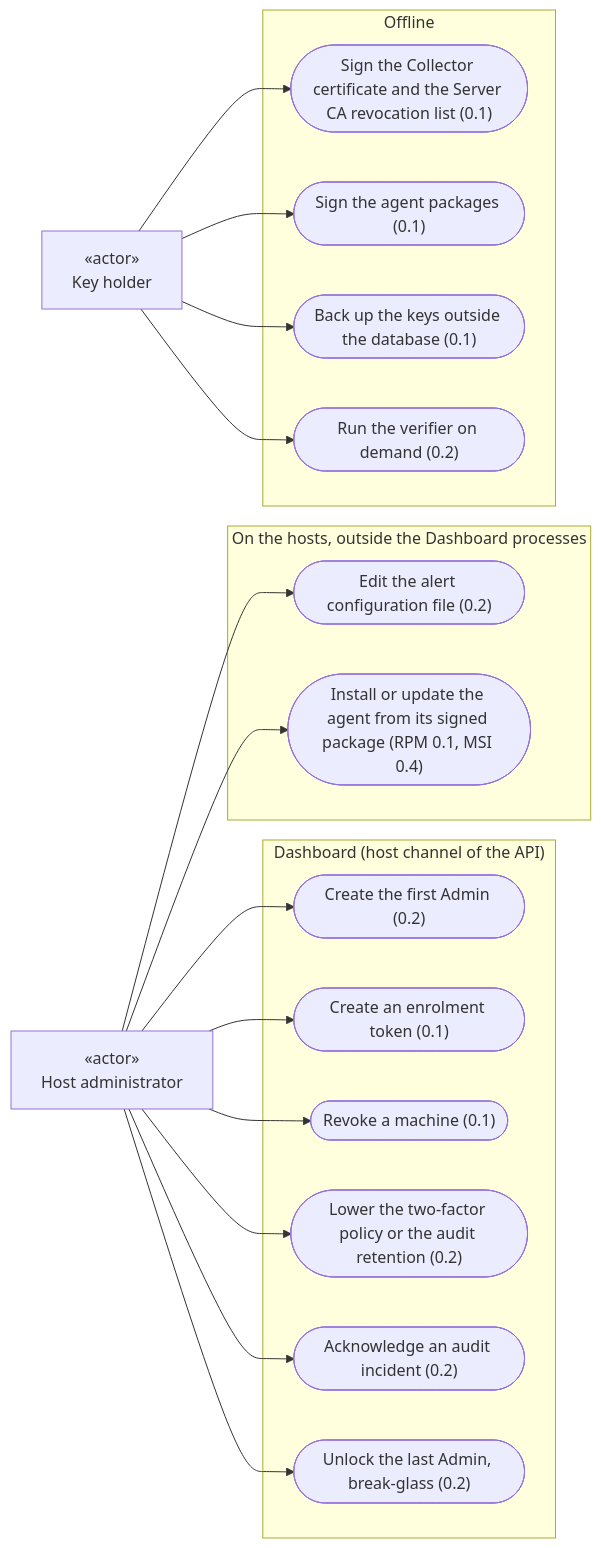
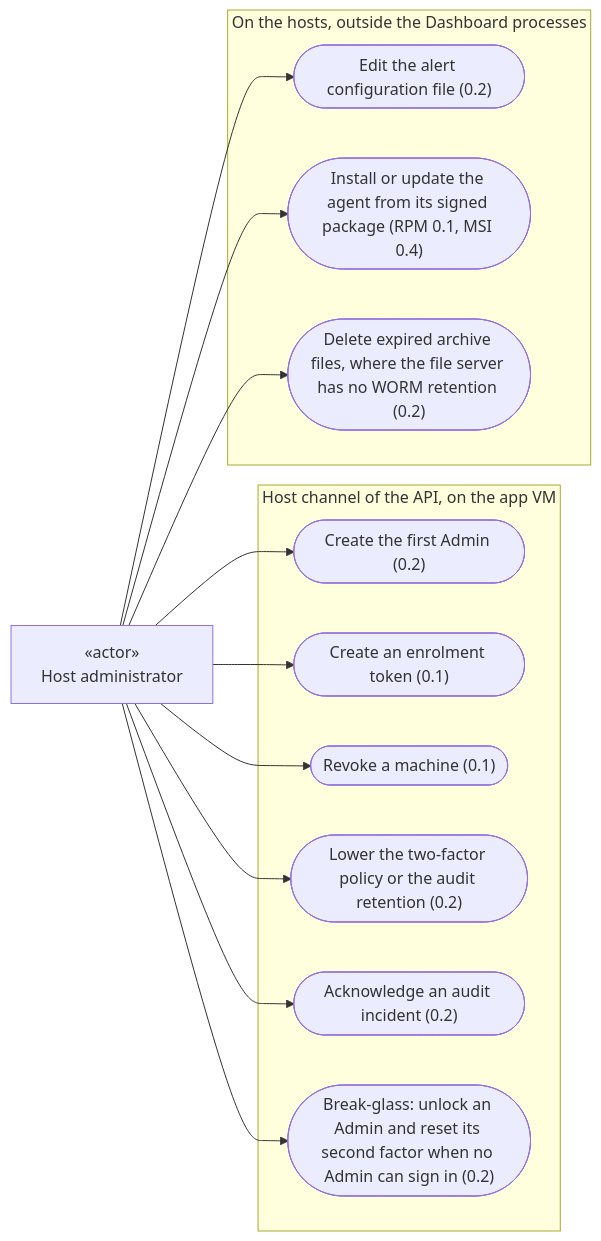
One commit to micdef/Dashboard changed the third of 6 diagrams in doc/analyse/uml/v1/use-cases.md. Above: the diagram before and after it, drawn with Mermaid. The commit also changed other lines of this file, not shown here.

````diff
--- a/doc/analyse/uml/v1/use-cases.md
+++ b/doc/analyse/uml/v1/use-cases.md
@@ -89,39 +109,29 @@
 ```mermaid
 flowchart LR
     HostAdmin["«actor»<br/>Host administrator"]
-    KeyHolder["«actor»<br/>Key holder"]
 
-    subgraph HostChannel["Dashboard (host channel of the API)"]
+    subgraph HostChannel ["Host channel of the API, on the app VM"]
         FirstAdmin(["Create the first Admin (0.2)"])
         HostToken(["Create an enrolment token (0.1)"])
         HostRevoke(["Revoke a machine (0.1)"])
         Lower(["Lower the two-factor policy or the audit retention (0.2)"])
         Incident(["Acknowledge an audit incident (0.2)"])
-        BreakGlass(["Unlock the last Admin, break-glass (0.2)"])
+        BreakGlass(["Break-glass: unlock an Admin and reset its second factor when no Admin can sign in (0.2)"])
     end
 
-    subgraph Host["On the hosts, outside the Dashboard processes"]
+    subgraph Hosts ["On the hosts, outside the Dashboard processes"]
         AlertConfig(["Edit the alert configuration file (0.2)"])
         Install(["Install or update the agent from its signed package (RPM 0.1, MSI 0.4)"])
-    end
-
-    subgraph Offline["Offline"]
-        SignServer(["Sign the Collector certificate and the Server CA revocation list (0.1)"])
-        SignPackages(["Sign the agent packages (0.1)"])
-        BackupKeys(["Back up the keys outside the database (0.1)"])
-        RunVerifier(["Run the verifier on demand (0.2)"])
+        DeleteArchive(["Delete expired archive files, where the file server has no WORM retention (0.2)"])
     end
 
     HostAdmin --> FirstAdmin
     HostAdmin --> HostToken
     HostAdmin --> HostRevoke
     HostAdmin --> Lower
     HostAdmin --> Incident
     HostAdmin --> BreakGlass
     HostAdmin --> AlertConfig
     HostAdmin --> Install
-    KeyHolder --> SignServer
-    KeyHolder --> SignPackages
-    KeyHolder --> BackupKeys
-    KeyHolder --> RunVerifier
+    HostAdmin --> DeleteArchive
 ```
````
